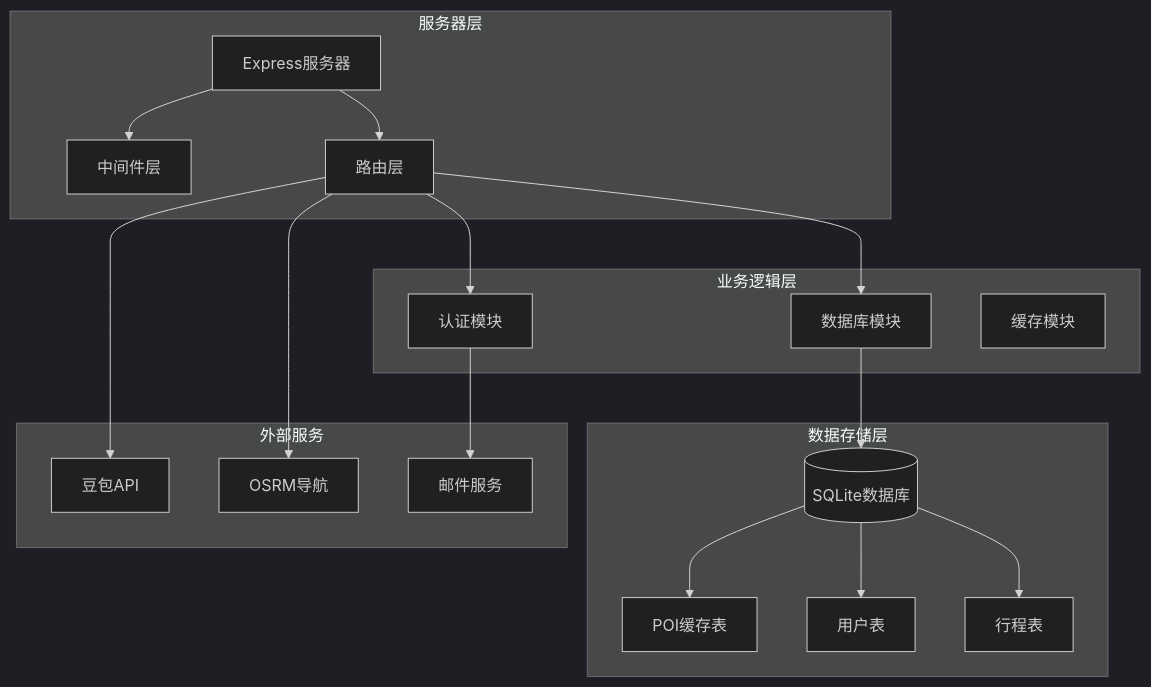
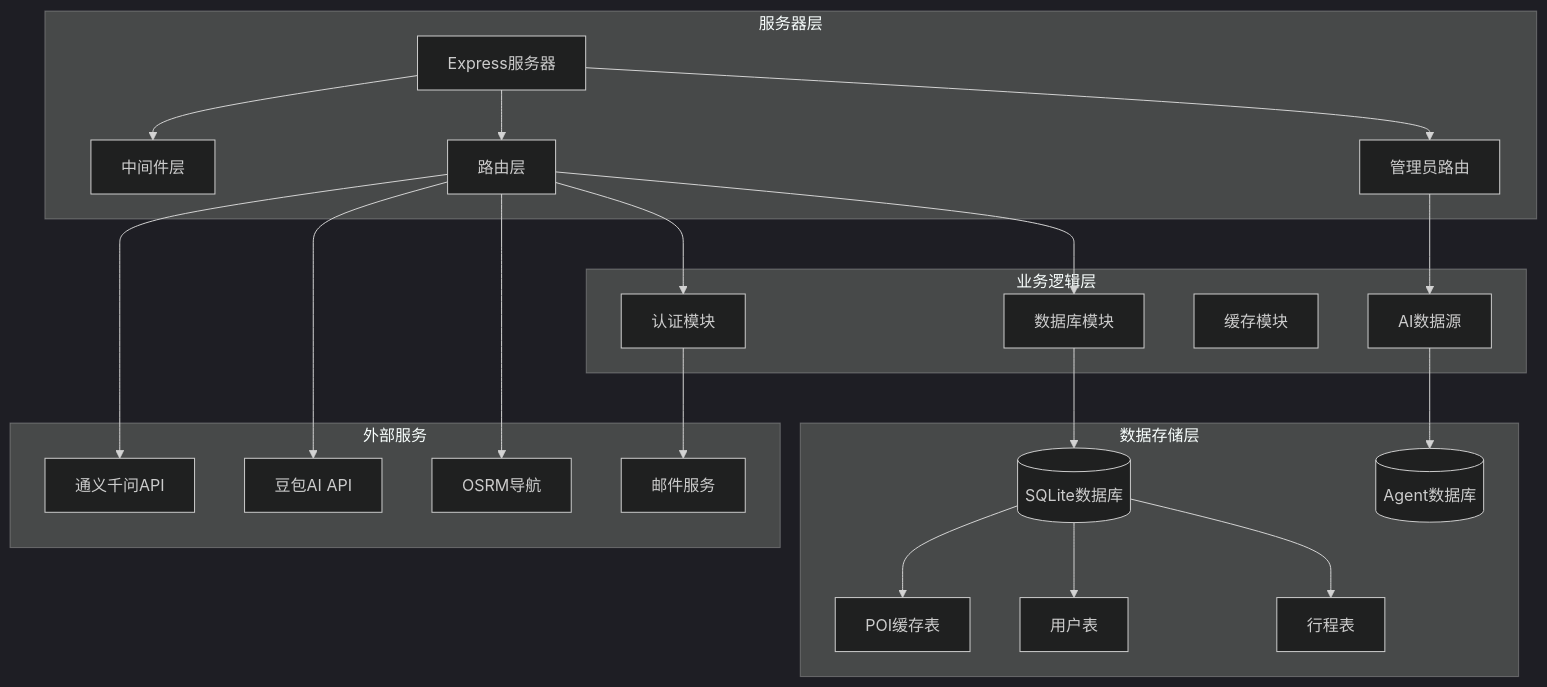
The first of 13 diagrams in .qoder/repowiki/zh/content/后端API架构/Express服务器配置.md (ititjjy/AITrip-plan), drawn with Mermaid (dark theme) before and after one commit. The commit also changed other lines of this file and 17 other files, not shown here.

````diff
--- a/.qoder/repowiki/zh/content/后端API架构/Express服务器配置.md
+++ b/.qoder/repowiki/zh/content/后端API架构/Express服务器配置.md
@@ -35,35 +48,43 @@
 ```mermaid
 graph TB
 subgraph "服务器层"
 Express[Express服务器]
 Middleware[中间件层]
 Routes[路由层]
+AdminRoutes[管理员路由]
 end
 subgraph "业务逻辑层"
 Auth[认证模块]
 DB[数据库模块]
 Cache[缓存模块]
+AI[AI数据源]
 end
 subgraph "数据存储层"
 SQLite[(SQLite数据库)]
+AgentDB[(Agent数据库)]
 POICache[POI缓存表]
 UserDB[用户表]
 TripDB[行程表]
 end
 subgraph "外部服务"
-QwenAPI[豆包API]
+QwenAPI[通义千问API]
+DoubaoAPI[豆包AI API]
 OSRM[OSRM导航]
 Email[邮件服务]
 end
 Express --> Middleware
 Express --> Routes
+Express --> AdminRoutes
 Routes --> Auth
 Routes --> DB
+AdminRoutes --> AI
 DB --> SQLite
+AI --> AgentDB
 SQLite --> POICache
 SQLite --> UserDB
 SQLite --> TripDB
 Routes --> QwenAPI
+Routes --> DoubaoAPI
 Routes --> OSRM
 Auth --> Email
 ```
````
